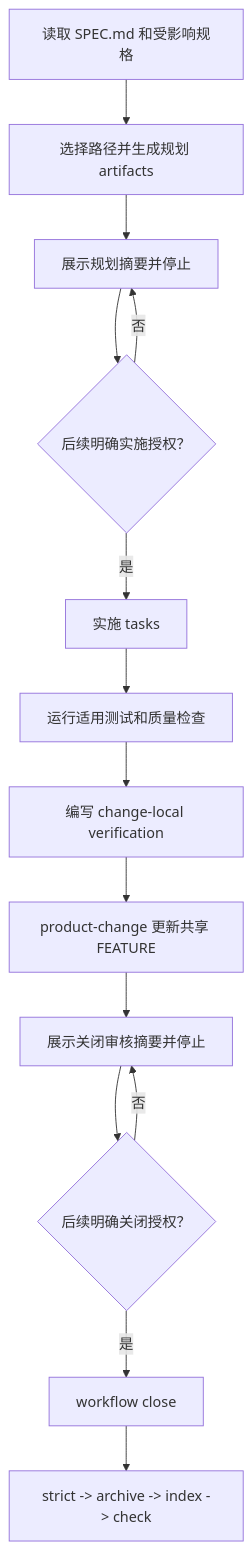
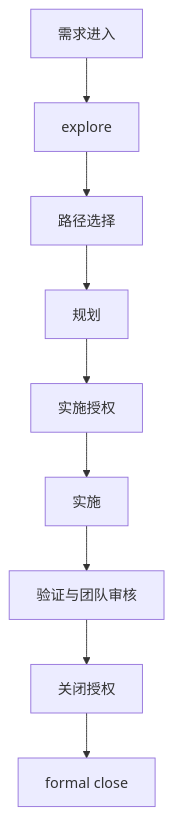
The third of 3 diagrams in README.md (haoranliu66/openspec_workflow), drawn with Mermaid before and after one commit. The commit also changed other lines of this file and 13 other files, not shown here.

````diff
--- a/README.md
+++ b/README.md
@@ -221,16 +223,11 @@
 ```mermaid
 flowchart TD
-    A["读取 SPEC.md 和受影响规格"] --> B["选择路径并生成规划 artifacts"]
-    B --> C["展示规划摘要并停止"]
-    C --> D{"后续明确实施授权？"}
-    D -- "否" --> C
-    D -- "是" --> E["实施 tasks"]
-    E --> F["运行适用测试和质量检查"]
-    F --> G["编写 change-local verification"]
-    G --> H["product-change 更新共享 FEATURE"]
-    H --> I["展示关闭审核摘要并停止"]
-    I --> J{"后续明确关闭授权？"}
-    J -- "否" --> I
-    J -- "是" --> K["workflow close <change>"]
-    K --> L["strict -> archive -> index -> check"]
+    A["需求进入"] --> B["explore"]
+    B --> C["路径选择"]
+    C --> D["规划"]
+    D --> E["实施授权"]
+    E --> F["实施"]
+    F --> G["验证与团队审核"]
+    G --> H["关闭授权"]
+    H --> I["formal close"]
 ```
````
